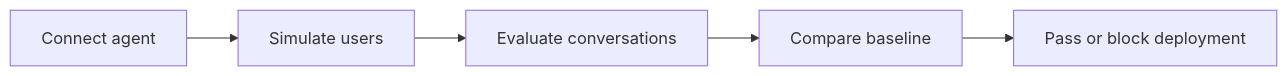
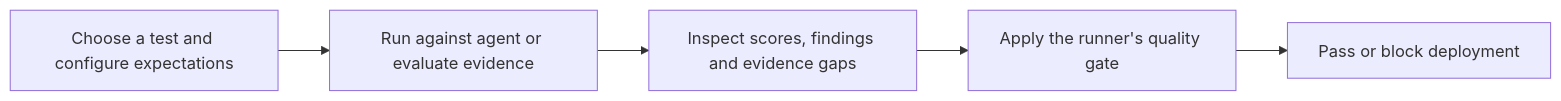
One commit to somnath-biswas-github/humanly changed the diagram in README.md. Above: the diagram before and after it, drawn with Mermaid. The commit also changed other lines of this file and 13 other files, not shown here.

````diff
--- a/README.md
+++ b/README.md
@@ -23,7 +22,7 @@
 ```mermaid
 flowchart LR
-    A["Connect agent"] --> B["Simulate users"]
-    B --> C["Evaluate conversations"]
-    C --> D["Compare baseline"]
+    A["Choose a test and configure expectations"] --> B["Run against agent or evaluate evidence"]
+    B --> C["Inspect scores, findings and evidence gaps"]
+    C --> D["Apply the runner's quality gate"]
     D --> E["Pass or block deployment"]
 ```
````
